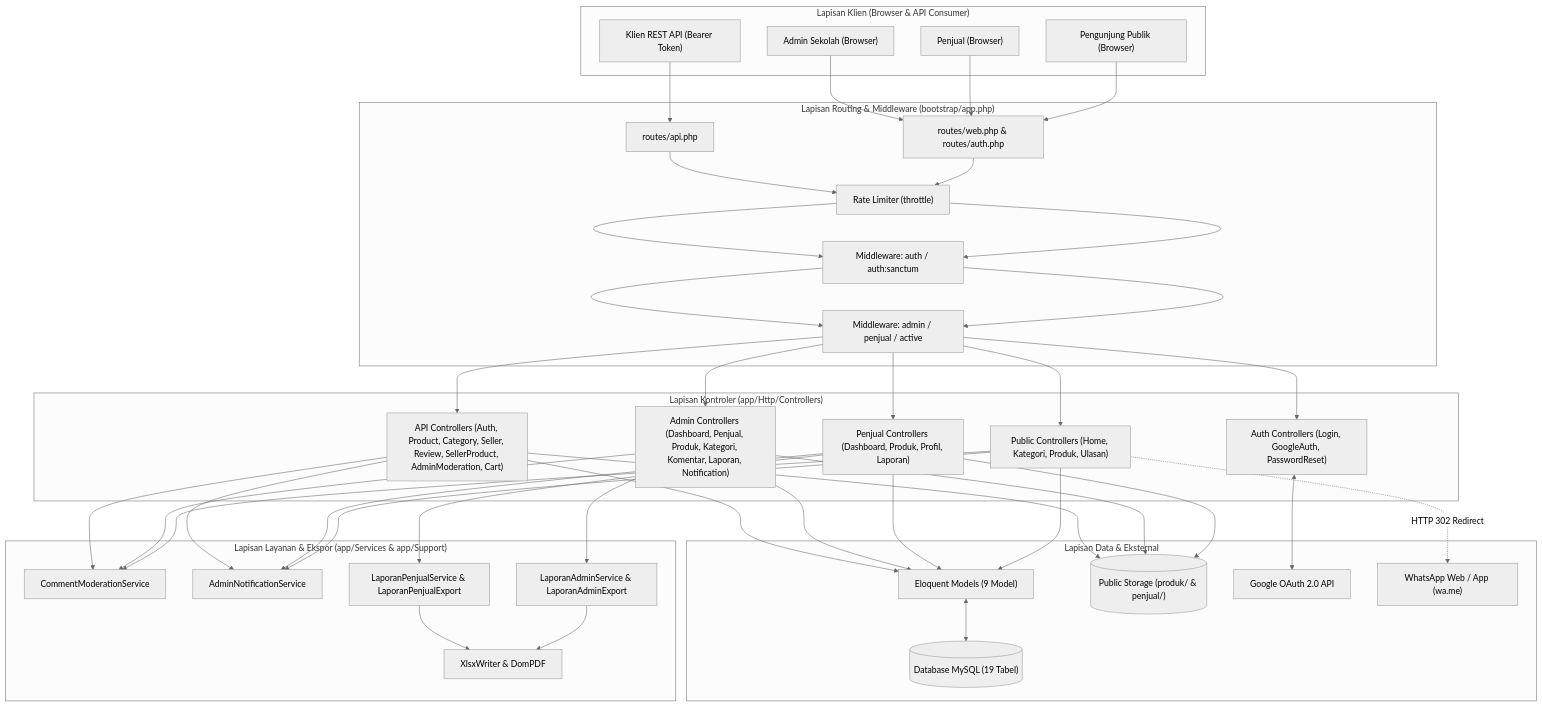
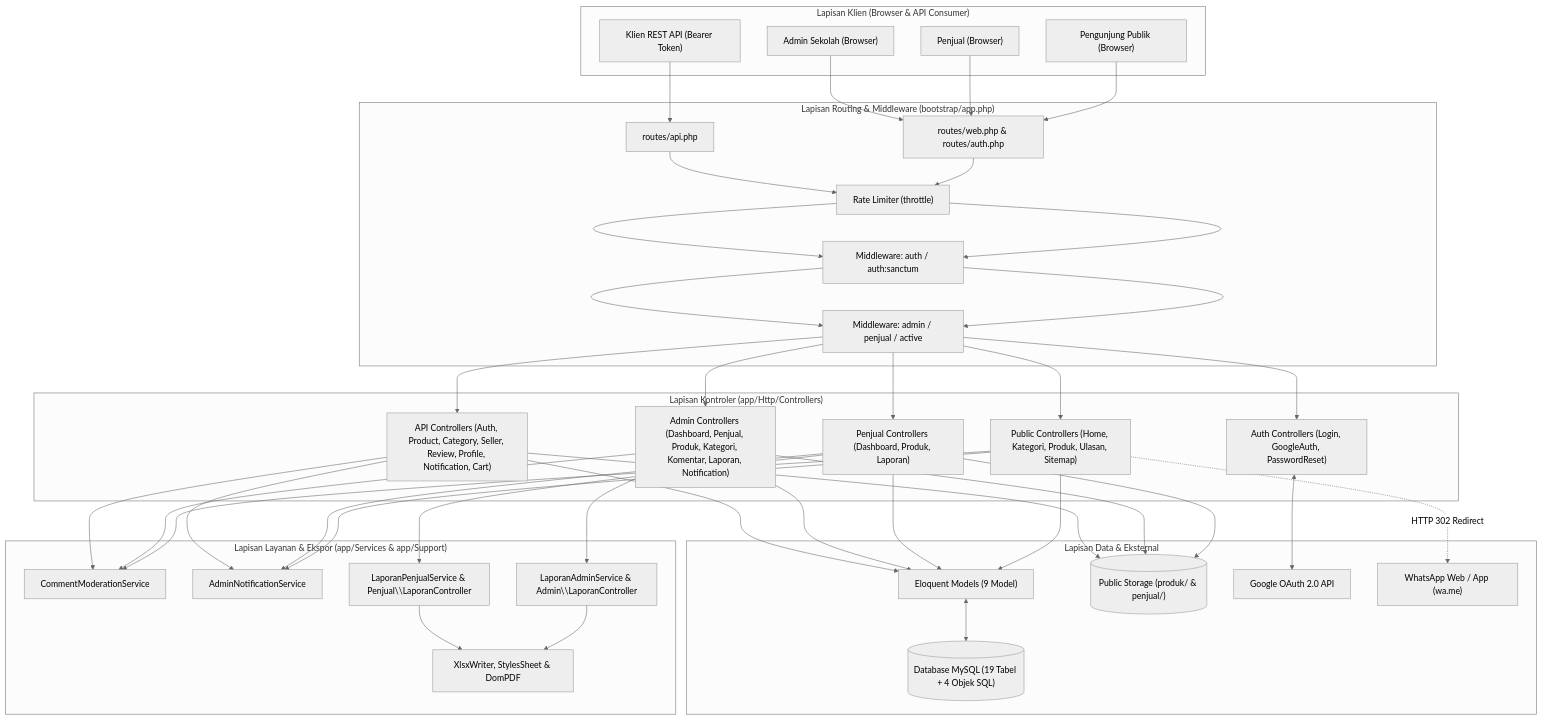
Before and after one commit to kyymidnight404/siswamartid: the diagram in docs/03-arsitektur/ARSITEKTUR.md, drawn with Mermaid (neutral theme). The commit also changed other lines of this file and 27 other files, not shown here.

Commit message:
docs: sync README and docs with v1.2.0 codebase and schema

````diff
--- a/docs/03-arsitektur/ARSITEKTUR.md
+++ b/docs/03-arsitektur/ARSITEKTUR.md
@@ -155,61 +156,61 @@
 ```mermaid
 flowchart TB
     subgraph Client["Lapisan Klien (Browser & API Consumer)"]
         Visitor["Pengunjung Publik (Browser)"]
         SellerUI["Penjual (Browser)"]
         AdminUI["Admin Sekolah (Browser)"]
         ApiClient["Klien REST API (Bearer Token)"]
     end
 
     subgraph Boundary["Lapisan Routing & Middleware (bootstrap/app.php)"]
         WebRoutes["routes/web.php & routes/auth.php"]
         ApiRoutes["routes/api.php"]
         MwAuth["Middleware: auth / auth:sanctum"]
         MwRole["Middleware: admin / penjual / active"]
         MwThrottle["Rate Limiter (throttle)"]
     end
 
     subgraph Controllers["Lapisan Kontroler (app/Http/Controllers)"]
-        PubCtrl["Public Controllers (Home, Kategori, Produk, Ulasan)"]
-        PenjualCtrl["Penjual Controllers (Dashboard, Produk, Profil, Laporan)"]
+        PubCtrl["Public Controllers (Home, Kategori, Produk, Ulasan, Sitemap)"]
+        PenjualCtrl["Penjual Controllers (Dashboard, Produk, Laporan)"]
         AdminCtrl["Admin Controllers (Dashboard, Penjual, Produk, Kategori, Komentar, Laporan, Notification)"]
         AuthCtrl["Auth Controllers (Login, GoogleAuth, PasswordReset)"]
-        ApiCtrl["API Controllers (Auth, Product, Category, Seller, Review, SellerProduct, AdminModeration, Cart)"]
+        ApiCtrl["API Controllers (Auth, Product, Category, Seller, Review, Profile, Notification, Cart)"]
     end
 
     subgraph Services["Lapisan Layanan & Ekspor (app/Services & app/Support)"]
         ModSvc["CommentModerationService"]
         NotifSvc["AdminNotificationService"]
-        RepAdminSvc["LaporanAdminService & LaporanAdminExport"]
-        RepSellerSvc["LaporanPenjualService & LaporanPenjualExport"]
-        Xlsx["XlsxWriter & DomPDF"]
+        RepAdminSvc["LaporanAdminService & Admin\\LaporanController"]
+        RepSellerSvc["LaporanPenjualService & Penjual\\LaporanController"]
+        Xlsx["XlsxWriter, StylesSheet & DomPDF"]
     end
 
     subgraph Persistence["Lapisan Data & Eksternal"]
         Models["Eloquent Models (9 Model)"]
-        MySQL[("Database MySQL (19 Tabel)")]
+        MySQL[("Database MySQL (19 Tabel + 4 Objek SQL)")]
         Storage[("Public Storage (produk/ & penjual/)")]
         GoogleOAuth["Google OAuth 2.0 API"]
         WhatsApp["WhatsApp Web / App (wa.me)"]
     end
 
     Visitor --> WebRoutes
     SellerUI --> WebRoutes
     AdminUI --> WebRoutes
     ApiClient --> ApiRoutes
 
     WebRoutes --> MwThrottle --> MwAuth --> MwRole
     ApiRoutes --> MwThrottle --> MwAuth --> MwRole
 
     MwRole --> PubCtrl & PenjualCtrl & AdminCtrl & AuthCtrl & ApiCtrl
 
     PubCtrl --> ModSvc & NotifSvc & Models
     PubCtrl -. "HTTP 302 Redirect" .-> WhatsApp
     AuthCtrl <--> GoogleOAuth
     PenjualCtrl --> NotifSvc & RepSellerSvc & Models & Storage
     AdminCtrl --> ModSvc & RepAdminSvc & Models & Storage
     ApiCtrl --> ModSvc & NotifSvc & Models & Storage
 
     RepAdminSvc & RepSellerSvc --> Xlsx
     Models <--> MySQL
 ```
````
